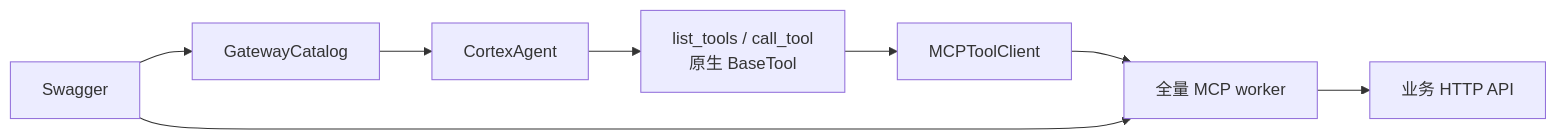
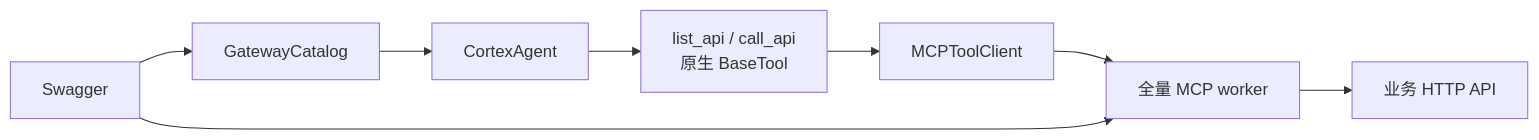
The diagram in docs/Hubloom-MCP适配.md (Zhong-y-j/Hubloom), drawn with Mermaid before and after one commit. The commit also changed other lines of this file and 25 other files, not shown here.

First line of the commit message:
将业务元工具重命名为 list_api / call_api，并移除未使用的 MCPTool。

````diff
--- a/docs/Hubloom-MCP适配.md
+++ b/docs/Hubloom-MCP适配.md
@@ -34,10 +34,10 @@
 ```mermaid
 flowchart LR
-  AG["CortexAgent"] --> META["list_tools / call_tool<br/>原生 BaseTool"]
+  AG["CortexAgent"] --> META["list_api / call_api<br/>原生 BaseTool"]
   META --> CLI["MCPToolClient"]
   CLI --> WK["全量 MCP worker"]
   WK --> REST["业务 HTTP API"]
   SW["Swagger"] --> CAT["GatewayCatalog"]
   CAT --> AG
   SW --> WK
 ```
````
